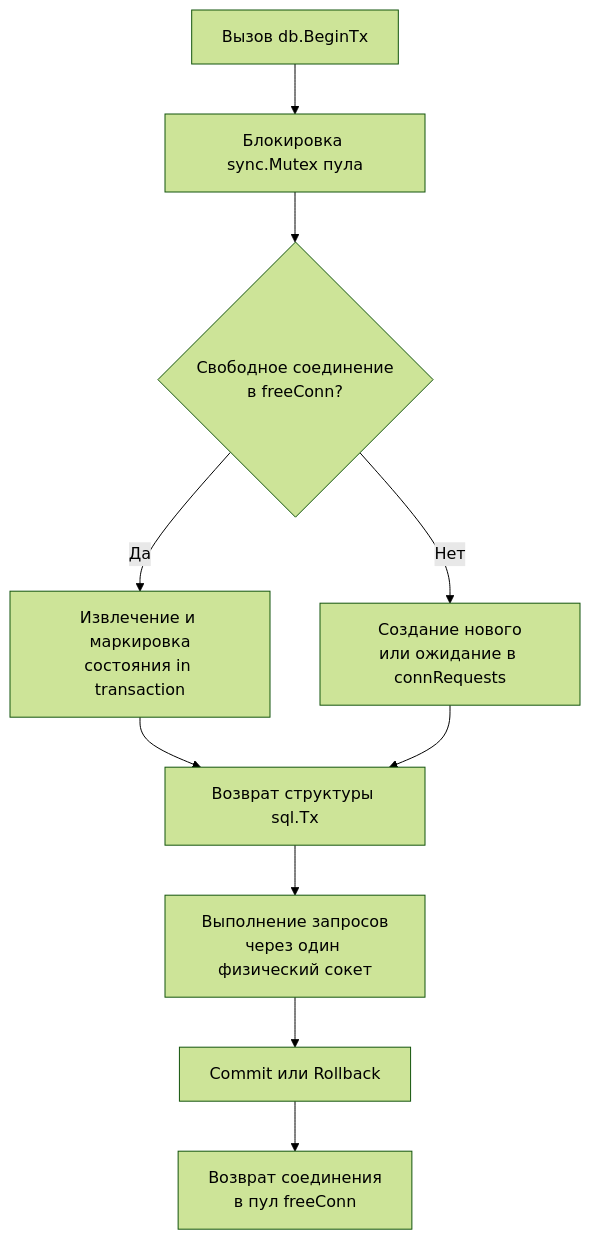
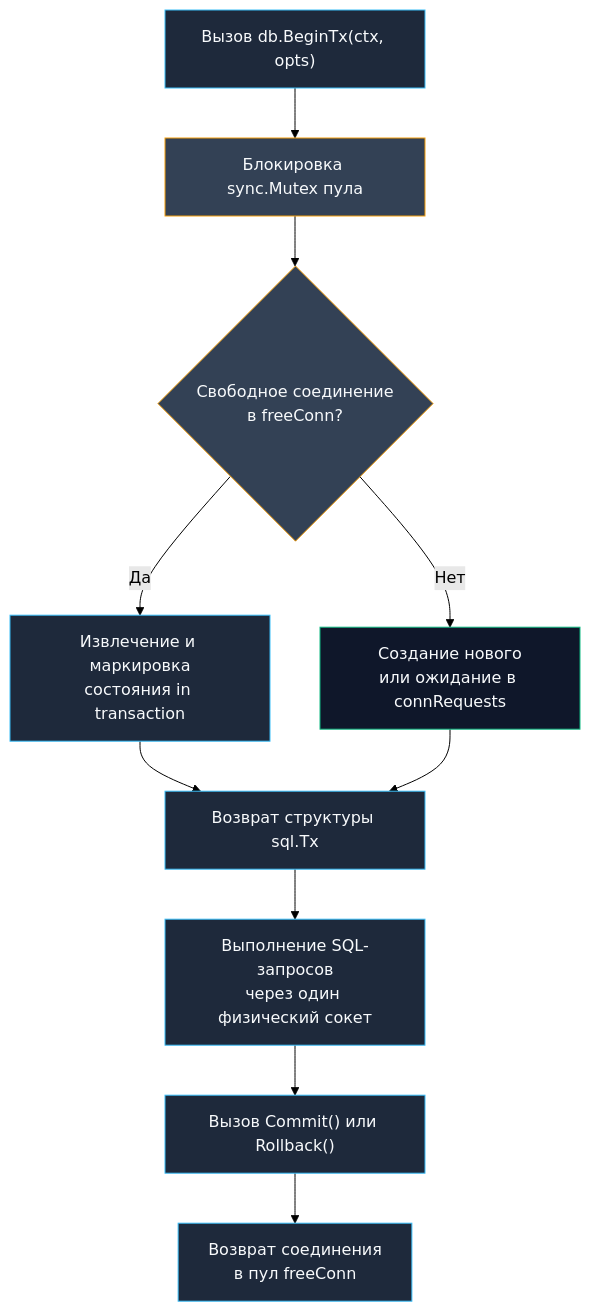
The diagram in sources/9. Бэкенд на Go (Практика разработки)/23. Транзакции.md (UnrealTemplier/go-textbook), drawn with Mermaid (forest theme) before and after one commit. The commit also changed other lines of this file, not shown here.

````diff
--- a/sources/9. Бэкенд на Go (Практика разработки)/23. Транзакции.md
+++ b/sources/9. Бэкенд на Go (Практика разработки)/23. Транзакции.md
@@ -9,12 +15,19 @@
 ```mermaid
 flowchart TD
-    A["Вызов db.BeginTx"] --> B["Блокировка sync.Mutex пула"]
+    A["Вызов db.BeginTx(ctx, opts)"] --> B["Блокировка sync.Mutex пула"]
     B --> C{"Свободное соединение<br>в freeConn?"}
     C -->|Да| D["Извлечение и маркировка<br>состояния in transaction"]
     C -->|Нет| E["Создание нового<br>или ожидание в connRequests"]
     D --> F["Возврат структуры sql.Tx"]
     E --> F
-    F --> G["Выполнение запросов<br>через один физический сокет"]
-    G --> H["Commit или Rollback"]
+    F --> G["Выполнение SQL-запросов<br>через один физический сокет"]
+    G --> H["Вызов Commit() или Rollback()"]
     H --> I["Возврат соединения<br>в пул freeConn"]
+
+    classDef normal fill:#1e293b,stroke:#38bdf8,color:#f8fafc;
+    classDef decision fill:#334155,stroke:#f59e0b,color:#f8fafc;
+    classDef action fill:#0f172a,stroke:#10b981,color:#f8fafc;
+    class A,D,F,G,H,I normal;
+    class B,C decision;
+    class E action;
 ```
````
